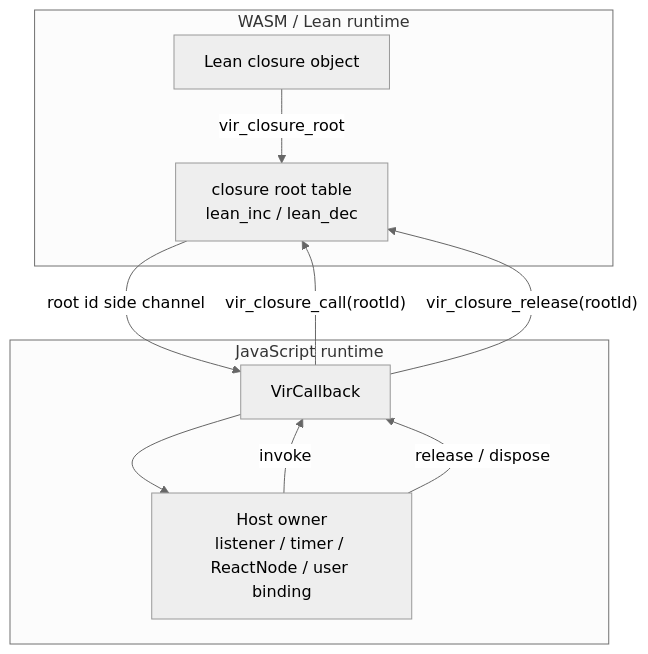
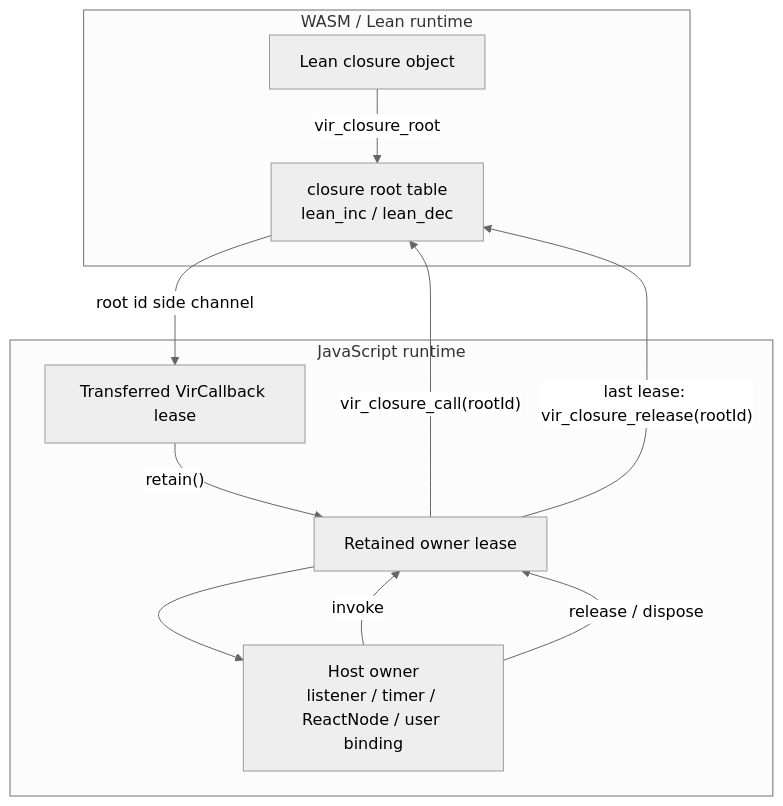
The fourth of 5 diagrams in docs/DEVELOPER_GUIDE.md (ejgallego/lean-vir), drawn with Mermaid (neutral theme) before and after one commit. The commit also changed other lines of this file and 51 other files, not shown here.

````diff
--- a/docs/DEVELOPER_GUIDE.md
+++ b/docs/DEVELOPER_GUIDE.md
@@ -204,20 +214,22 @@
 ```mermaid
 flowchart TD
     subgraph Wasm["WASM / Lean runtime"]
         Closure["Lean closure object"]
         ClosureRoot["closure root table\nlean_inc / lean_dec"]
     end
 
     subgraph JS["JavaScript runtime"]
-        Callback["VirCallback"]
+        Callback["Transferred VirCallback lease"]
+        Lease["Retained owner lease"]
         Owner["Host owner\nlistener / timer / ReactNode / user binding"]
     end
 
     Closure -->|"vir_closure_root"| ClosureRoot
     ClosureRoot -->|"root id side channel"| Callback
-    Callback --> Owner
-    Owner -->|"invoke"| Callback
-    Callback -->|"vir_closure_call(rootId)"| ClosureRoot
-    Owner -->|"release / dispose"| Callback
-    Callback -->|"vir_closure_release(rootId)"| ClosureRoot
+    Callback -->|"retain()"| Lease
+    Lease --> Owner
+    Owner -->|"invoke"| Lease
+    Lease -->|"vir_closure_call(rootId)"| ClosureRoot
+    Owner -->|"release / dispose"| Lease
+    Lease -->|"last lease: vir_closure_release(rootId)"| ClosureRoot
 ```
````
